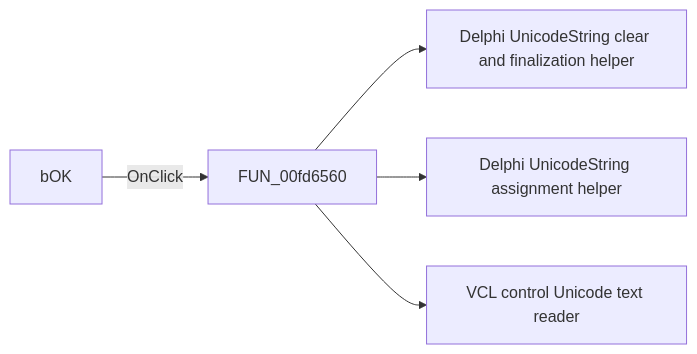
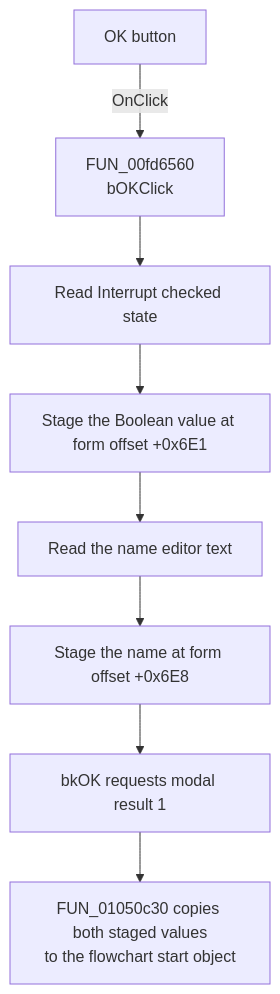
One commit to MovGP0/TIARA changed the diagram in docs/ui-controls/dlgflowchartstart/bok-afcff7ab3c.md. Above: the diagram before and after it, drawn with Mermaid. The commit also changed other lines of this file and 387 other files, not shown here.

````diff
--- a/docs/ui-controls/dlgflowchartstart/bok-afcff7ab3c.md
+++ b/docs/ui-controls/dlgflowchartstart/bok-afcff7ab3c.md
@@ -27,7 +39,10 @@
 ```mermaid
-flowchart LR
-    control["bOK"] -->|OnClick| handler["FUN_00fd6560"]
-    handler --> call1["Delphi UnicodeString clear and finalization helper"]
-    handler --> call2["Delphi UnicodeString assignment helper"]
-    handler --> call3["VCL control Unicode text reader"]
+flowchart TD
+    control["OK button"] -->|OnClick| handler["FUN_00fd6560<br/>bOKClick"]
+    handler --> readInterrupt["Read Interrupt checked state"]
+    readInterrupt --> stageInterrupt["Stage the Boolean value at form offset +0x6E1"]
+    stageInterrupt --> readName["Read the name editor text"]
+    readName --> stageName["Stage the name at form offset +0x6E8"]
+    stageName --> modalResult["bkOK requests modal result 1"]
+    modalResult --> caller["FUN_01050c30 copies both staged values<br/>to the flowchart start object"]
 ```
````
